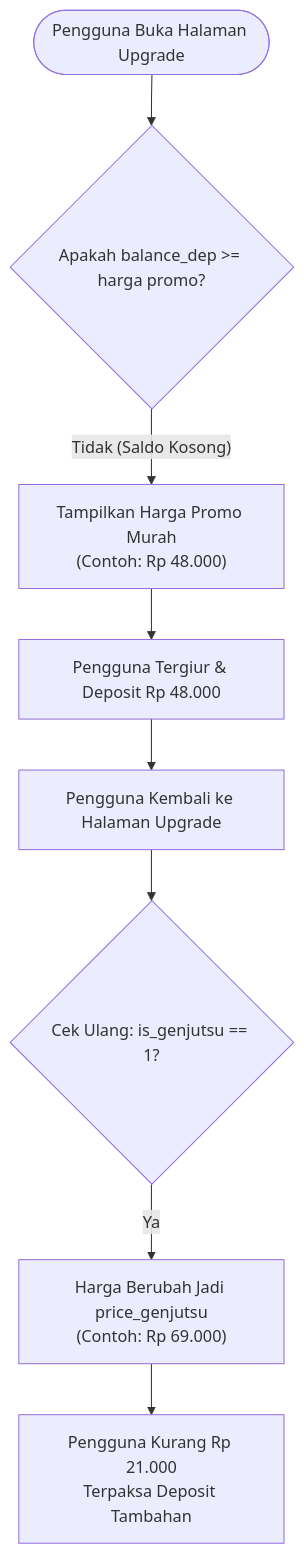
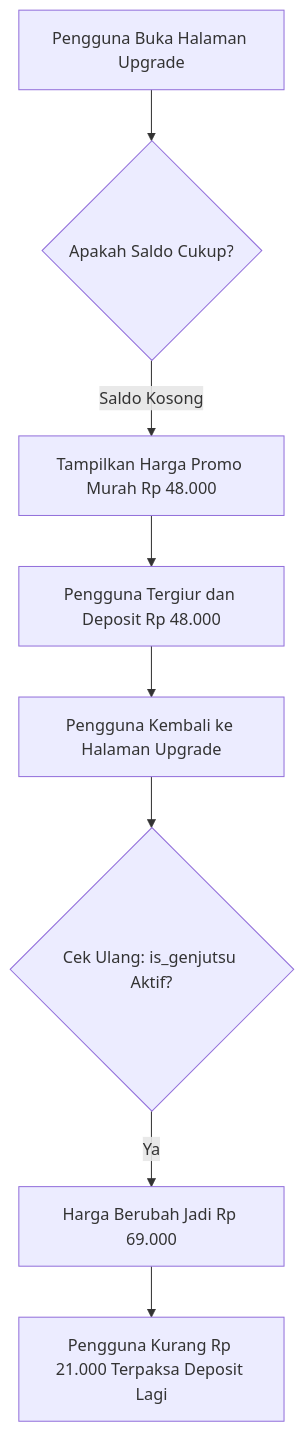
One commit to NixxyHorwitz/lebahcuan changed the third of 5 diagrams in PANDUAN_UPGRADE_DAN_PROFIT.md. Above: the diagram before and after it, drawn with Mermaid. The commit also changed other lines of this file, not shown here.

Commit message:
fix(docs): fix Mermaid diagram syntax for GitHub markdown rendering

````diff
--- a/PANDUAN_UPGRADE_DAN_PROFIT.md
+++ b/PANDUAN_UPGRADE_DAN_PROFIT.md
@@ -107,10 +107,10 @@
 ```mermaid
 flowchart TD
-    Start(["Pengguna Buka Halaman Upgrade"]) --> CekSaldo{"Apakah balance_dep >= harga promo?"}
-    CekSaldo -- Tidak (Saldo Kosong) --> TampilMurah["Tampilkan Harga Promo Murah\n(Contoh: Rp 48.000)"]
-    TampilMurah --> Deposit["Pengguna Tergiur & Deposit Rp 48.000"]
-    Deposit --> Reload["Pengguna Kembali ke Halaman Upgrade"]
-    Reload --> CekUlang{"Cek Ulang: is_genjutsu == 1?"}
-    CekUlang -- Ya --> TampilGenjutsu["Harga Berubah Jadi price_genjutsu\n(Contoh: Rp 69.000)"]
-    TampilGenjutsu --> PushLagi["Pengguna Kurang Rp 21.000\nTerpaksa Deposit Tambahan"]
+    Start[Pengguna Buka Halaman Upgrade] --> CekSaldo{Apakah Saldo Cukup?}
+    CekSaldo -->|Saldo Kosong| TampilMurah[Tampilkan Harga Promo Murah Rp 48.000]
+    TampilMurah --> Deposit[Pengguna Tergiur dan Deposit Rp 48.000]
+    Deposit --> Reload[Pengguna Kembali ke Halaman Upgrade]
+    Reload --> CekUlang{Cek Ulang: is_genjutsu Aktif?}
+    CekUlang -->|Ya| TampilGenjutsu[Harga Berubah Jadi Rp 69.000]
+    TampilGenjutsu --> PushLagi[Pengguna Kurang Rp 21.000 Terpaksa Deposit Lagi]
 ```
````
